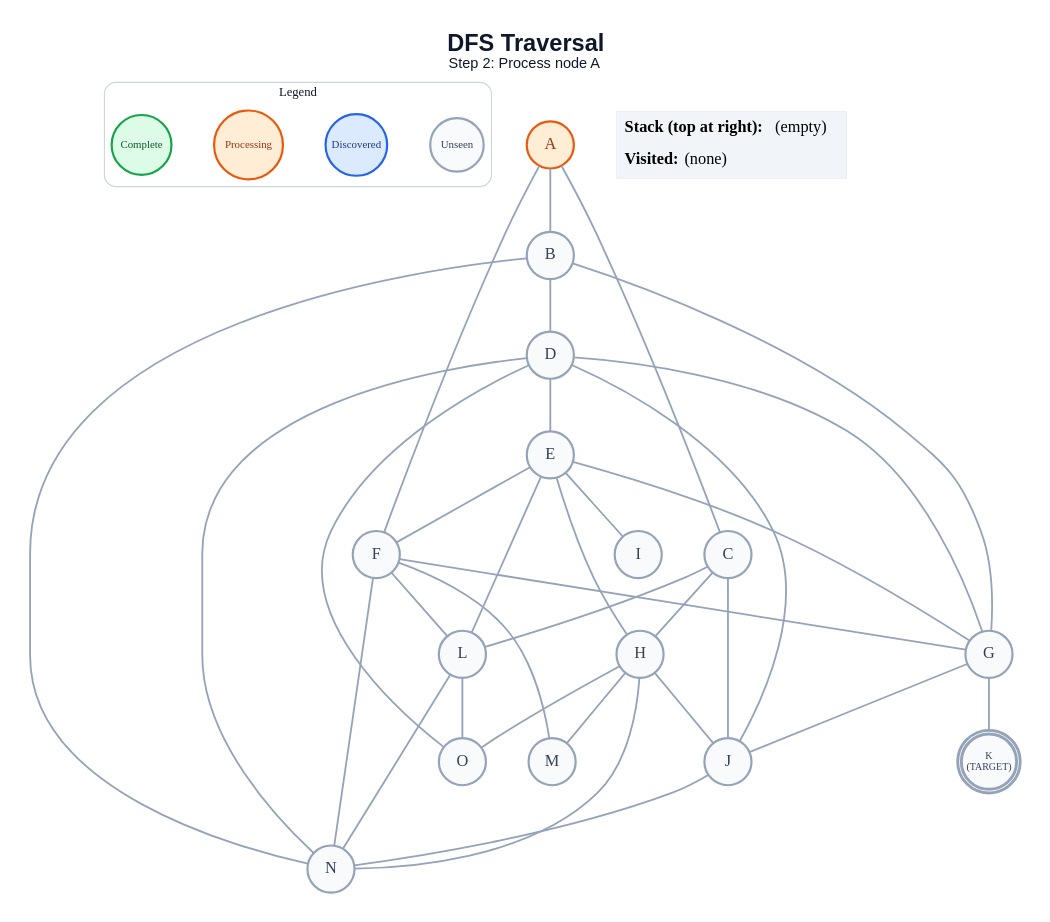
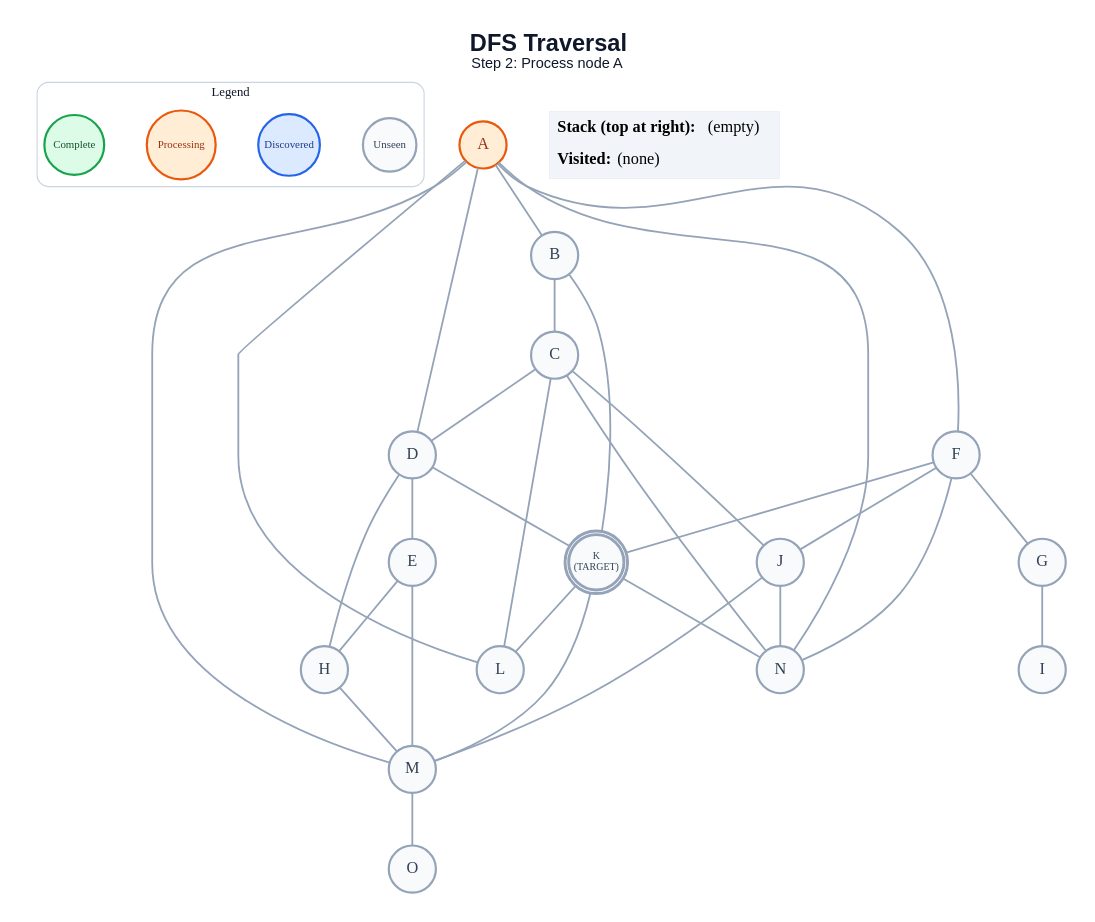
One commit to anon7238593-create/ai-slop changed the diagram in generated/dfs/step_02.dot. Above: the diagram before and after it, drawn with Graphviz. The commit also changed 317 other files, not shown here.

```diff
--- a/generated/dfs/step_02.dot
+++ b/generated/dfs/step_02.dot
@@ -1,66 +1,63 @@
 graph traversal {
   graph [layout=dot, rankdir=TB, bgcolor="#FFFFFF", pad="0.35", nodesep="0.65", ranksep="0.8", fontname="Arial"];
   node [shape=circle, style="filled", fontname="Arial Bold", fontsize=18, width=0.72, fixedsize=true, penwidth=2.4];
   edge [color="#94A3B8", penwidth=2.0];
   label=<<B>DFS Traversal</B><BR/><FONT POINT-SIZE="16">Step 2: Process node A</FONT>>; labelloc="t"; fontsize=26; fontname="Arial"; fontcolor="#0F172A";
   subgraph cluster_legend { label="Legend"; color="#CBD5E1"; penwidth=1.2; style="rounded"; fontsize=14; fontname="Arial Bold";
     key_unseen [label="Unseen", fillcolor="#F8FAFC", color="#94A3B8", fontcolor="#334155", fontsize=12, width=0.82];
     key_frontier [label="Discovered", fillcolor="#DBEAFE", color="#2563EB", fontcolor="#1E3A8A", fontsize=12, width=0.95];
     key_current [label="Processing", fillcolor="#FFEDD5", color="#EA580C", fontcolor="#9A3412", fontsize=12, width=1.05];
     key_done [label="Complete", fillcolor="#DCFCE7", color="#16A34A", fontcolor="#14532D", fontsize=12, width=0.92];
     { rank=same; key_unseen; key_frontier; key_current; key_done; }
   }
   A [label="A", fillcolor="#FFEDD5", color="#EA580C", fontcolor="#9A3412", peripheries=1, penwidth=2.4];
   B [label="B", fillcolor="#F8FAFC", color="#94A3B8", fontcolor="#334155", peripheries=1, penwidth=2.4];
   C [label="C", fillcolor="#F8FAFC", color="#94A3B8", fontcolor="#334155", peripheries=1, penwidth=2.4];
   D [label="D", fillcolor="#F8FAFC", color="#94A3B8", fontcolor="#334155", peripheries=1, penwidth=2.4];
   E [label="E", fillcolor="#F8FAFC", color="#94A3B8", fontcolor="#334155", peripheries=1, penwidth=2.4];
   F [label="F", fillcolor="#F8FAFC", color="#94A3B8", fontcolor="#334155", peripheries=1, penwidth=2.4];
   G [label="G", fillcolor="#F8FAFC", color="#94A3B8", fontcolor="#334155", peripheries=1, penwidth=2.4];
   H [label="H", fillcolor="#F8FAFC", color="#94A3B8", fontcolor="#334155", peripheries=1, penwidth=2.4];
   I [label="I", fillcolor="#F8FAFC", color="#94A3B8", fontcolor="#334155", peripheries=1, penwidth=2.4];
   J [label="J", fillcolor="#F8FAFC", color="#94A3B8", fontcolor="#334155", peripheries=1, penwidth=2.4];
   K [label="K\n(TARGET)", fillcolor="#F8FAFC", color="#94A3B8", fontcolor="#334155", peripheries=2, penwidth=3.2, fontsize=11, width=0.85, height=0.85];
   L [label="L", fillcolor="#F8FAFC", color="#94A3B8", fontcolor="#334155", peripheries=1, penwidth=2.4];
   M [label="M", fillcolor="#F8FAFC", color="#94A3B8", fontcolor="#334155", peripheries=1, penwidth=2.4];
   N [label="N", fillcolor="#F8FAFC", color="#94A3B8", fontcolor="#334155", peripheries=1, penwidth=2.4];
   O [label="O", fillcolor="#F8FAFC", color="#94A3B8", fontcolor="#334155", peripheries=1, penwidth=2.4];
   A -- B;
-  A -- C;
+  A -- D;
   A -- F;
-  B -- D;
-  B -- G;
-  B -- N;
-  C -- H;
+  A -- L;
+  A -- M;
+  A -- N;
+  B -- C;
+  B -- K;
+  C -- D;
   C -- J;
   C -- L;
+  C -- N;
   D -- E;
-  D -- G;
-  D -- J;
-  D -- N;
-  D -- O;
-  E -- F;
-  E -- G;
+  D -- H;
+  D -- K;
   E -- H;
-  E -- I;
-  E -- L;
+  E -- M;
   F -- G;
-  F -- L;
-  F -- M;
+  F -- J;
+  F -- K;
   F -- N;
-  G -- J;
-  G -- K;
-  H -- J;
+  G -- I;
   H -- M;
-  H -- N;
-  H -- O;
+  J -- M;
   J -- N;
-  L -- N;
-  L -- O;
+  K -- L;
+  K -- M;
+  K -- N;
+  M -- O;
   status [shape=plain, fixedsize=false, width=0, height=0, margin=0, label=<
     <TABLE BORDER="0" CELLBORDER="0" CELLPADDING="7" BGCOLOR="#F1F5F9">
       <TR><TD ALIGN="LEFT"><B>Stack (top at right):</B> (empty)</TD></TR>
       <TR><TD ALIGN="LEFT"><B>Visited:</B> (none)</TD></TR>
     </TABLE>
   >];
 }
```
